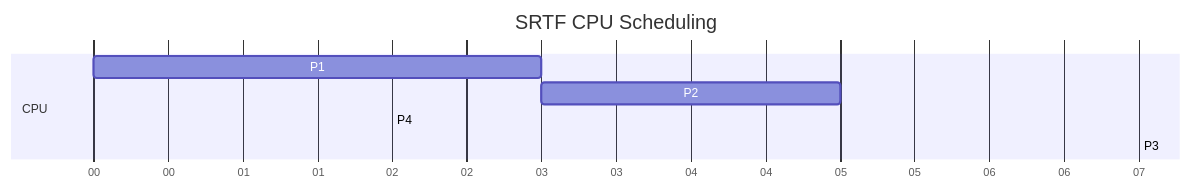
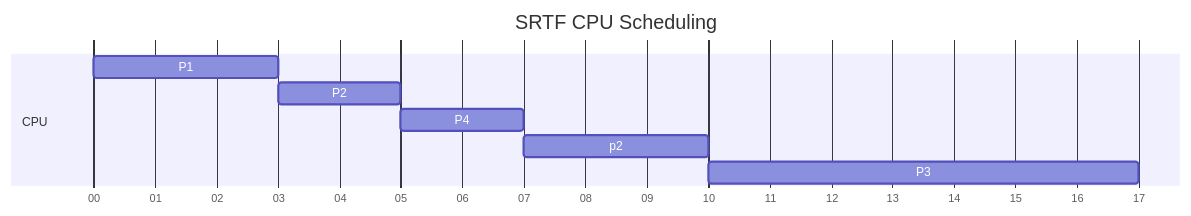
Before and after one commit to TaiChi112/Documents: the fourth of 5 diagrams in Operating_System/LAB/lab5/main.md, drawn with Mermaid. The commit also changed other lines of this file, not shown here.

Commit message:
fix: Update Gantt charts for FCFS, SJF, SRTF, and Round Robin CPU scheduling algorithms to correct timing and sequence

````diff
--- a/Operating_System/LAB/lab5/main.md
+++ b/Operating_System/LAB/lab5/main.md
@@ -94,11 +94,12 @@
 ```mermaid
 gantt
     title SRTF CPU Scheduling
     dateFormat s
     axisFormat %S
     section CPU
     P1 :0, 3
     P2 :3, 5
-    P4 :8, 2
-    P3 :10, 7
+    P4 :5, 7
+    p2 :7,10
+    P3 :10, 17
 ```
````
